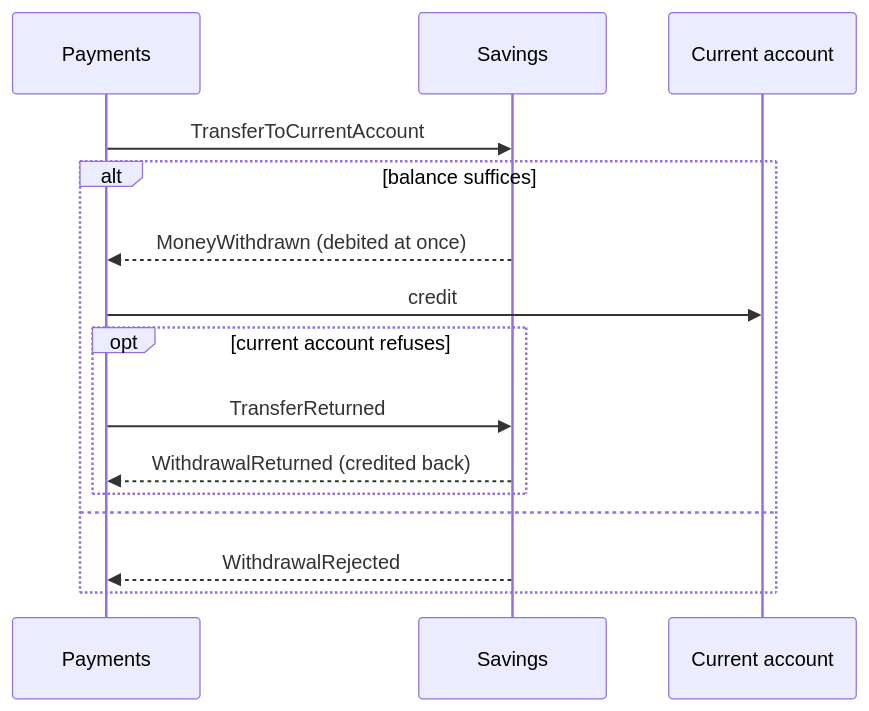
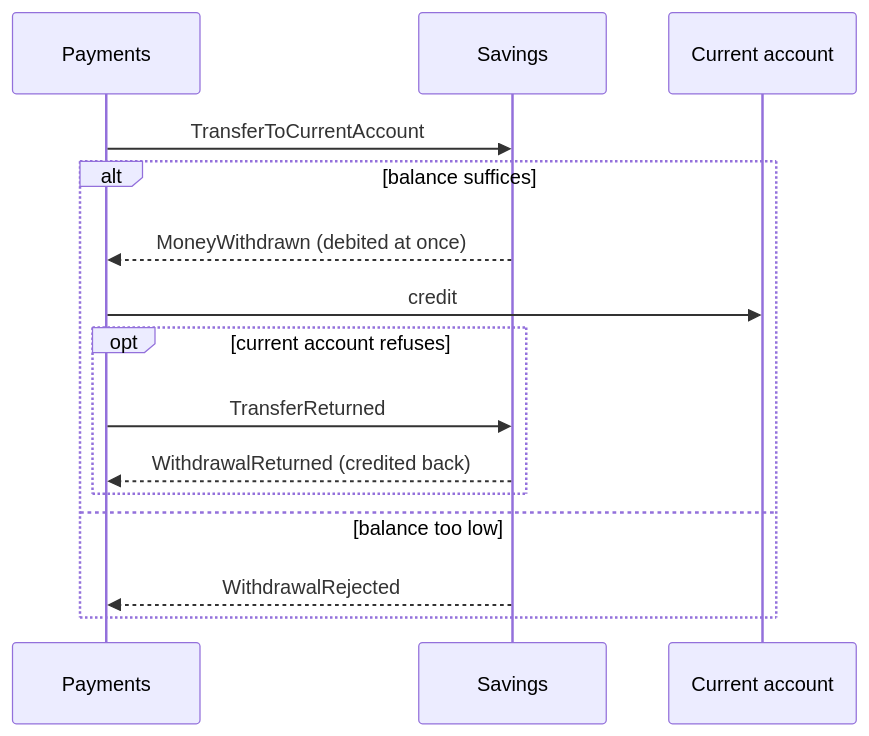
Before and after one commit to Acidream/inv_sample: the second of 2 diagrams in README.md, drawn with Mermaid. The commit also changed other lines of this file, not shown here.

First line of the commit message:
docs: README states its assumptions; fix the overview diagram layout

````diff
--- a/README.md
+++ b/README.md
@@ -44,17 +45,17 @@
 ```mermaid
 sequenceDiagram
     participant P as Payments
     participant S as Savings
     participant C as Current account
     P->>S: TransferToCurrentAccount
     alt balance suffices
         S-->>P: MoneyWithdrawn (debited at once)
         P->>C: credit
         opt current account refuses
             P->>S: TransferReturned
             S-->>P: WithdrawalReturned (credited back)
         end
-    else
+    else balance too low
         S-->>P: WithdrawalRejected
     end
 ```
````
